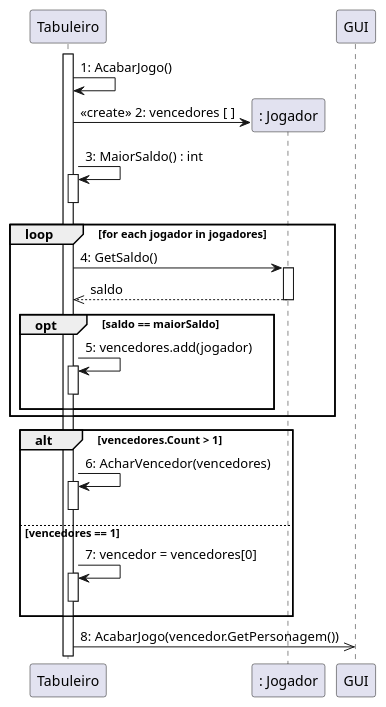
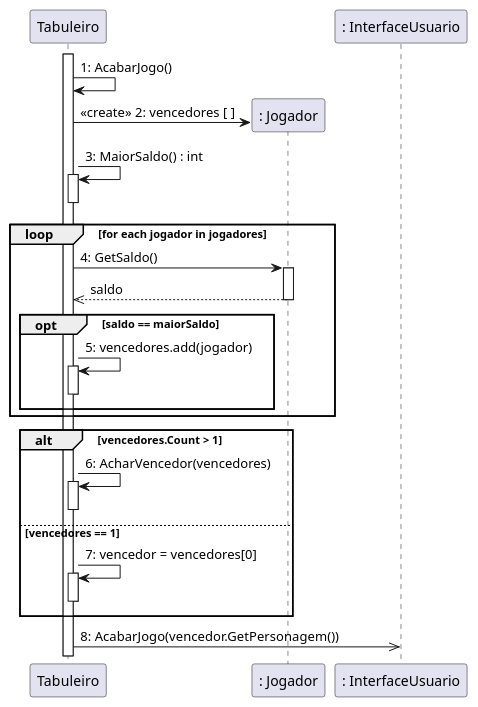
The diagram in Documentação/diagrama-de-sequencia-acabar-jogo.plantuml (rogerpcto/ProjetoDeSoftware-UFF), drawn with PlantUML before and after one commit. The commit also changed 1 other file, not shown here.

```diff
--- a/Documentação/diagrama-de-sequencia-acabar-jogo.plantuml
+++ b/Documentação/diagrama-de-sequencia-acabar-jogo.plantuml
@@ -1,33 +1,33 @@
 @startuml
 Activate Tabuleiro
 ":Tabuleiro" as Tabuleiro -> Tabuleiro : 1: AcabarJogo()
 
 Create ": Jogador" as Jogador
     Tabuleiro -> Jogador : <<create>> 2: vencedores [ ]
     Tabuleiro -> Tabuleiro : 3: MaiorSaldo() : int
     activate Tabuleiro
     deactivate Tabuleiro   
     loop for each jogador in jogadores   
         Tabuleiro -> Jogador : 4: GetSaldo()
         activate Jogador
         Tabuleiro <<-- Jogador: saldo
         deactivate Jogador
         opt saldo == maiorSaldo
             Tabuleiro -> Tabuleiro : 5: vencedores.add(jogador)
             activate Tabuleiro
             deactivate Tabuleiro
         end alt
     end loop
 
     alt vencedores.Count > 1
         Tabuleiro-> Tabuleiro: 6: AcharVencedor(vencedores)
         activate Tabuleiro
         deactivate Tabuleiro
 
     else vencedores == 1
         Tabuleiro -> Tabuleiro: 7: vencedor = vencedores[0]
         activate Tabuleiro
         deactivate Tabuleiro
     end
-    Tabuleiro ->> GUI : 8: AcabarJogo(vencedor.GetPersonagem())
+    Tabuleiro ->> ": InterfaceUsuario" as GUI : 8: AcabarJogo(vencedor.GetPersonagem())
 @enduml
```
